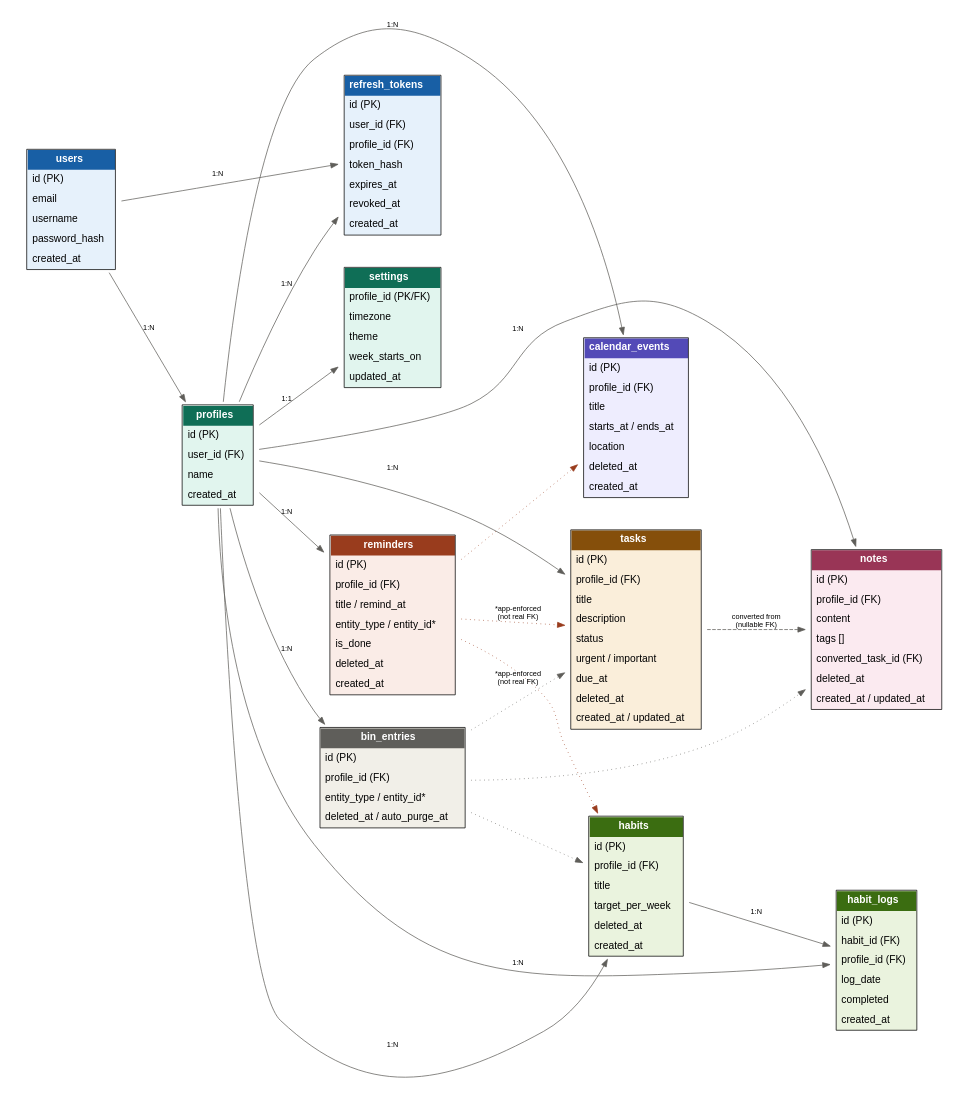
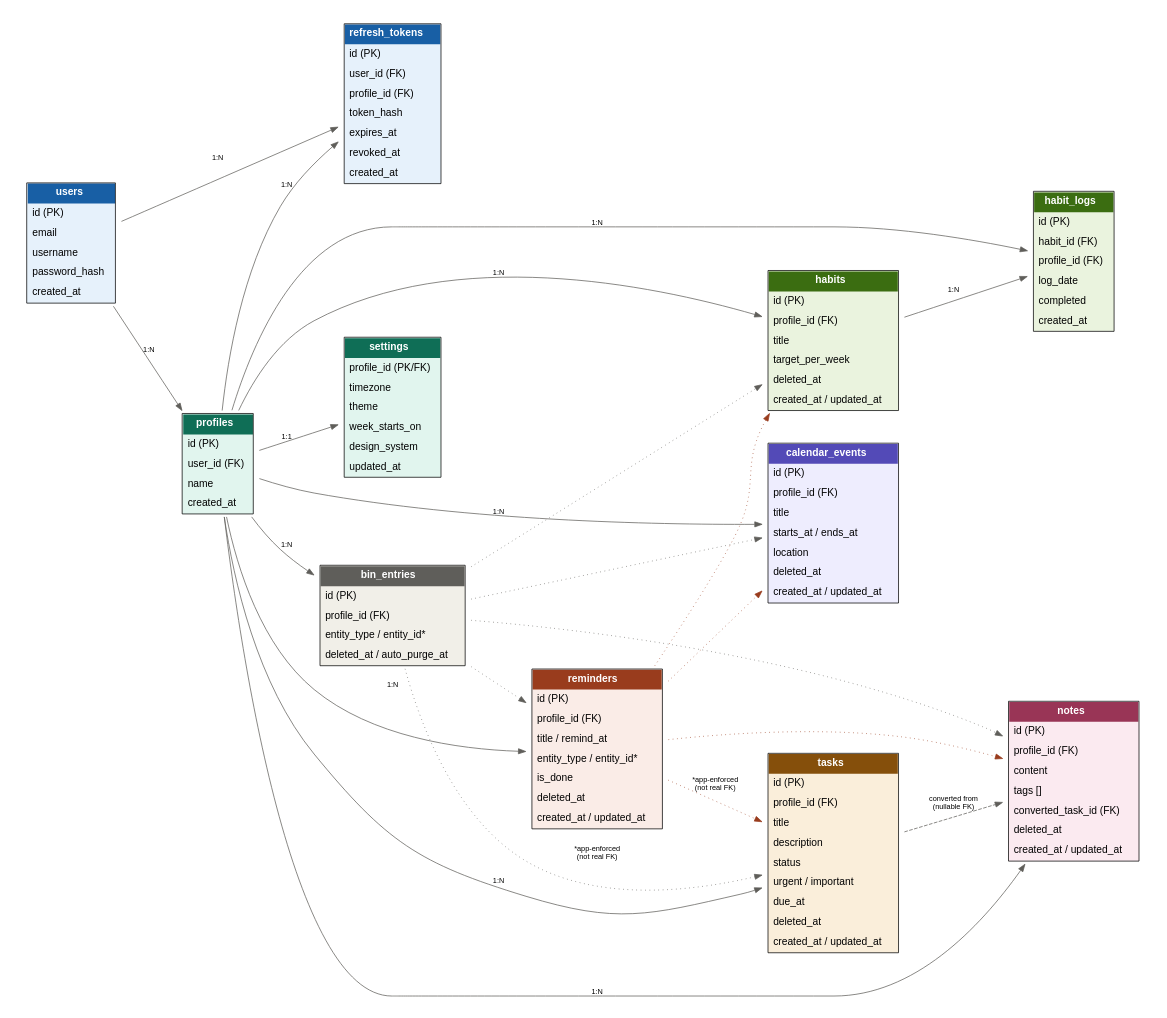
Before and after one commit to BhavanathJ/second-brain: the diagram in db/schema-erd.dot, drawn with Graphviz. The commit also changed 22 other files, not shown here.

```diff
--- a/db/schema-erd.dot
+++ b/db/schema-erd.dot
@@ -1,148 +1,152 @@
 digraph SecondBrainSchema {
   rankdir=LR;
   graph [fontname="Helvetica", bgcolor="white", pad=0.3, nodesep=0.5, ranksep=0.8];
   node [shape=plaintext, fontname="Helvetica"];
   edge [fontname="Helvetica", fontsize=10, color="#5f5e5a"];
 
   users [label=<
     <table border="1" cellborder="0" cellspacing="0" cellpadding="6" bgcolor="#E6F1FB">
       <tr><td bgcolor="#185FA5"><font color="white"><b>users</b></font></td></tr>
       <tr><td align="left">id (PK)</td></tr>
       <tr><td align="left">email</td></tr>
       <tr><td align="left">username</td></tr>
       <tr><td align="left">password_hash</td></tr>
       <tr><td align="left">created_at</td></tr>
     </table>>];
 
   profiles [label=<
     <table border="1" cellborder="0" cellspacing="0" cellpadding="6" bgcolor="#E1F5EE">
       <tr><td bgcolor="#0F6E56"><font color="white"><b>profiles</b></font></td></tr>
       <tr><td align="left">id (PK)</td></tr>
       <tr><td align="left">user_id (FK)</td></tr>
       <tr><td align="left">name</td></tr>
       <tr><td align="left">created_at</td></tr>
     </table>>];
 
   refresh_tokens [label=<
     <table border="1" cellborder="0" cellspacing="0" cellpadding="6" bgcolor="#E6F1FB">
       <tr><td bgcolor="#185FA5"><font color="white"><b>refresh_tokens</b></font></td></tr>
       <tr><td align="left">id (PK)</td></tr>
       <tr><td align="left">user_id (FK)</td></tr>
       <tr><td align="left">profile_id (FK)</td></tr>
       <tr><td align="left">token_hash</td></tr>
       <tr><td align="left">expires_at</td></tr>
       <tr><td align="left">revoked_at</td></tr>
       <tr><td align="left">created_at</td></tr>
     </table>>];
 
   settings [label=<
     <table border="1" cellborder="0" cellspacing="0" cellpadding="6" bgcolor="#E1F5EE">
       <tr><td bgcolor="#0F6E56"><font color="white"><b>settings</b></font></td></tr>
       <tr><td align="left">profile_id (PK/FK)</td></tr>
       <tr><td align="left">timezone</td></tr>
       <tr><td align="left">theme</td></tr>
       <tr><td align="left">week_starts_on</td></tr>
+      <tr><td align="left">design_system</td></tr>
       <tr><td align="left">updated_at</td></tr>
     </table>>];
 
   tasks [label=<
     <table border="1" cellborder="0" cellspacing="0" cellpadding="6" bgcolor="#FAEEDA">
       <tr><td bgcolor="#854F0B"><font color="white"><b>tasks</b></font></td></tr>
       <tr><td align="left">id (PK)</td></tr>
       <tr><td align="left">profile_id (FK)</td></tr>
       <tr><td align="left">title</td></tr>
       <tr><td align="left">description</td></tr>
       <tr><td align="left">status</td></tr>
       <tr><td align="left">urgent / important</td></tr>
       <tr><td align="left">due_at</td></tr>
       <tr><td align="left">deleted_at</td></tr>
       <tr><td align="left">created_at / updated_at</td></tr>
     </table>>];
 
   notes [label=<
     <table border="1" cellborder="0" cellspacing="0" cellpadding="6" bgcolor="#FBEAF0">
       <tr><td bgcolor="#993556"><font color="white"><b>notes</b></font></td></tr>
       <tr><td align="left">id (PK)</td></tr>
       <tr><td align="left">profile_id (FK)</td></tr>
       <tr><td align="left">content</td></tr>
       <tr><td align="left">tags []</td></tr>
       <tr><td align="left">converted_task_id (FK)</td></tr>
       <tr><td align="left">deleted_at</td></tr>
       <tr><td align="left">created_at / updated_at</td></tr>
     </table>>];
 
   habits [label=<
     <table border="1" cellborder="0" cellspacing="0" cellpadding="6" bgcolor="#EAF3DE">
       <tr><td bgcolor="#3B6D11"><font color="white"><b>habits</b></font></td></tr>
       <tr><td align="left">id (PK)</td></tr>
       <tr><td align="left">profile_id (FK)</td></tr>
       <tr><td align="left">title</td></tr>
       <tr><td align="left">target_per_week</td></tr>
       <tr><td align="left">deleted_at</td></tr>
-      <tr><td align="left">created_at</td></tr>
+      <tr><td align="left">created_at / updated_at</td></tr>
     </table>>];
 
   habit_logs [label=<
     <table border="1" cellborder="0" cellspacing="0" cellpadding="6" bgcolor="#EAF3DE">
       <tr><td bgcolor="#3B6D11"><font color="white"><b>habit_logs</b></font></td></tr>
       <tr><td align="left">id (PK)</td></tr>
       <tr><td align="left">habit_id (FK)</td></tr>
       <tr><td align="left">profile_id (FK)</td></tr>
       <tr><td align="left">log_date</td></tr>
       <tr><td align="left">completed</td></tr>
       <tr><td align="left">created_at</td></tr>
     </table>>];
 
   calendar_events [label=<
     <table border="1" cellborder="0" cellspacing="0" cellpadding="6" bgcolor="#EEEDFE">
       <tr><td bgcolor="#534AB7"><font color="white"><b>calendar_events</b></font></td></tr>
       <tr><td align="left">id (PK)</td></tr>
       <tr><td align="left">profile_id (FK)</td></tr>
       <tr><td align="left">title</td></tr>
       <tr><td align="left">starts_at / ends_at</td></tr>
       <tr><td align="left">location</td></tr>
       <tr><td align="left">deleted_at</td></tr>
-      <tr><td align="left">created_at</td></tr>
+      <tr><td align="left">created_at / updated_at</td></tr>
     </table>>];
 
   reminders [label=<
     <table border="1" cellborder="0" cellspacing="0" cellpadding="6" bgcolor="#FAECE7">
       <tr><td bgcolor="#993C1D"><font color="white"><b>reminders</b></font></td></tr>
       <tr><td align="left">id (PK)</td></tr>
       <tr><td align="left">profile_id (FK)</td></tr>
       <tr><td align="left">title / remind_at</td></tr>
       <tr><td align="left">entity_type / entity_id*</td></tr>
       <tr><td align="left">is_done</td></tr>
       <tr><td align="left">deleted_at</td></tr>
-      <tr><td align="left">created_at</td></tr>
+      <tr><td align="left">created_at / updated_at</td></tr>
     </table>>];
 
   bin_entries [label=<
     <table border="1" cellborder="0" cellspacing="0" cellpadding="6" bgcolor="#F1EFE8">
       <tr><td bgcolor="#5F5E5A"><font color="white"><b>bin_entries</b></font></td></tr>
       <tr><td align="left">id (PK)</td></tr>
       <tr><td align="left">profile_id (FK)</td></tr>
       <tr><td align="left">entity_type / entity_id*</td></tr>
       <tr><td align="left">deleted_at / auto_purge_at</td></tr>
     </table>>];
 
   users -> profiles [label="1:N"];
   users -> refresh_tokens [label="1:N"];
   profiles -> refresh_tokens [label="1:N"];
   profiles -> settings [label="1:1"];
   profiles -> tasks [label="1:N"];
   profiles -> notes [label="1:N"];
   profiles -> habits [label="1:N"];
   profiles -> habit_logs [label="1:N"];
   profiles -> calendar_events [label="1:N"];
   profiles -> reminders [label="1:N"];
   profiles -> bin_entries [label="1:N"];
   tasks -> notes [label="converted from\n(nullable FK)" style=dashed];
   habits -> habit_logs [label="1:N"];
   reminders -> tasks [label="*app-enforced\n(not real FK)" style=dotted color="#993C1D"];
   reminders -> habits [style=dotted color="#993C1D"];
   reminders -> calendar_events [style=dotted color="#993C1D"];
+  reminders -> notes [style=dotted color="#993C1D"];
   bin_entries -> tasks [label="*app-enforced\n(not real FK)" style=dotted color="#5F5E5A"];
   bin_entries -> notes [style=dotted color="#5F5E5A"];
   bin_entries -> habits [style=dotted color="#5F5E5A"];
+  bin_entries -> calendar_events [style=dotted color="#5F5E5A"];
+  bin_entries -> reminders [style=dotted color="#5F5E5A"];
 }
```
